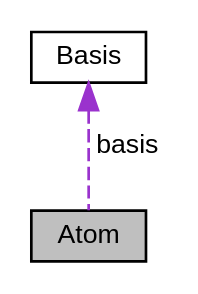
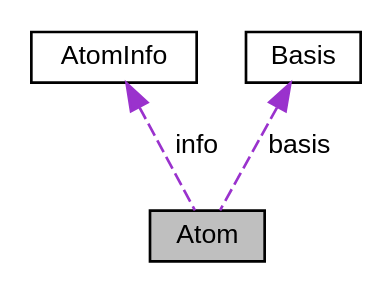
Before and after one commit to alejandrogallo/asy-atoms: the diagram in structAtom__coll__graph.dot, drawn with Graphviz. The commit also changed 56 other files, not shown here.

```diff
--- a/structAtom__coll__graph.dot
+++ b/structAtom__coll__graph.dot
@@ -1,8 +1,10 @@
 digraph "Atom"
 {
   edge [fontname="Helvetica",fontsize="10",labelfontname="Helvetica",labelfontsize="10"];
   node [fontname="Helvetica",fontsize="10",shape=record];
   Node1 [label="Atom",height=0.2,width=0.4,color="black", fillcolor="grey75", style="filled", fontcolor="black"];
-  Node2 -> Node1 [dir="back",color="darkorchid3",fontsize="10",style="dashed",label=" basis" ,fontname="Helvetica"];
-  Node2 [label="Basis",height=0.2,width=0.4,color="black", fillcolor="white", style="filled",URL="$structBasis.html",tooltip="Vector basis object. "];
+  Node2 -> Node1 [dir="back",color="darkorchid3",fontsize="10",style="dashed",label=" info" ,fontname="Helvetica"];
+  Node2 [label="AtomInfo",height=0.2,width=0.4,color="black", fillcolor="white", style="filled",URL="$structAtomInfo.html",tooltip="Structure for storing atomic information. "];
+  Node3 -> Node1 [dir="back",color="darkorchid3",fontsize="10",style="dashed",label=" basis" ,fontname="Helvetica"];
+  Node3 [label="Basis",height=0.2,width=0.4,color="black", fillcolor="white", style="filled",URL="$structBasis.html",tooltip="Vector basis object. "];
 }
```
